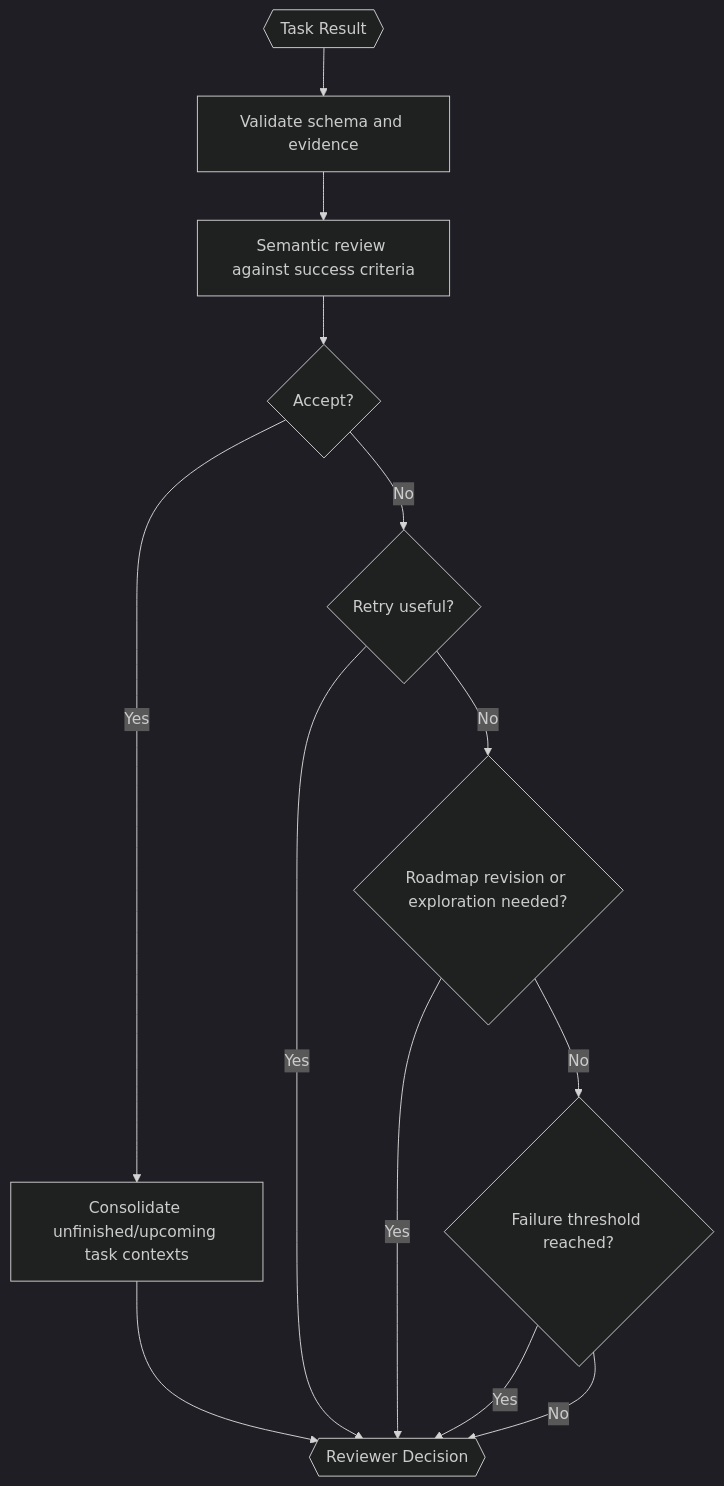
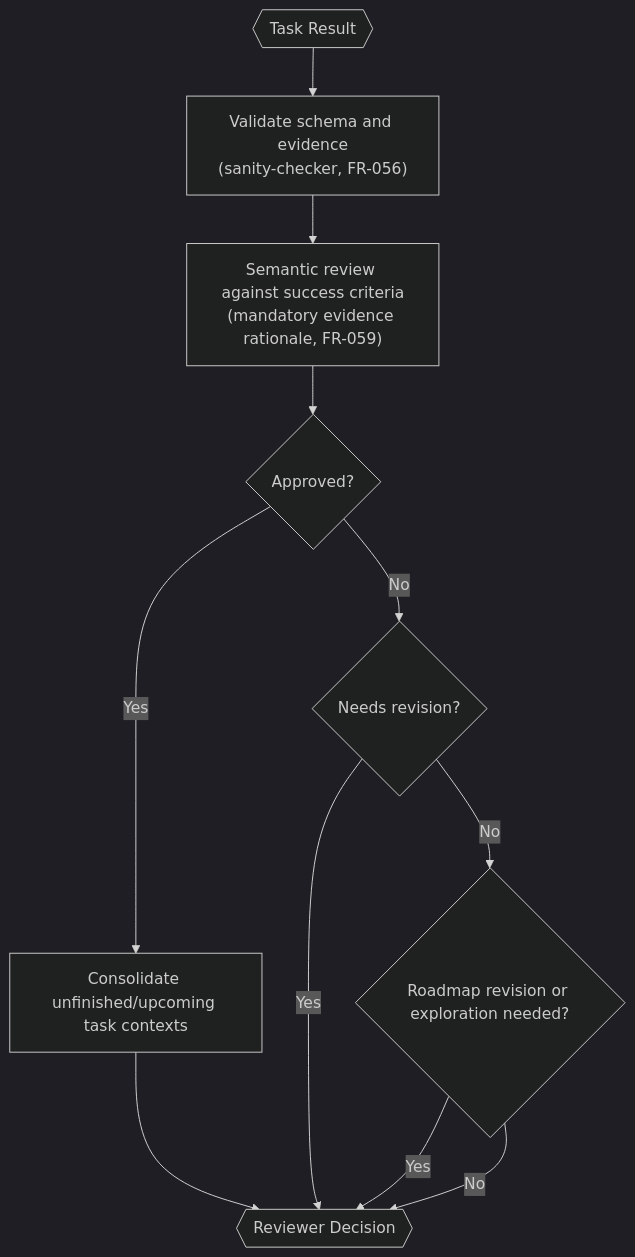
Before and after one commit to VJyzCELERY/TINYCUA: the diagram in src/tinycua/docs/architecture/result-reviewer.md, drawn with Mermaid (dark theme). The commit also changed other lines of this file and 19 other files, not shown here.

````diff
--- a/src/tinycua/docs/architecture/result-reviewer.md
+++ b/src/tinycua/docs/architecture/result-reviewer.md
@@ -54,25 +55,22 @@
 ```mermaid
 flowchart TD
     INPUT{{"Task Result"}}
-    CHECK["Validate schema and evidence"]
-    REVIEW["Semantic review against success criteria"]
-    ACCEPT{"Accept?"}
+    CHECK["Validate schema and evidence\n(sanity-checker, FR-056)"]
+    REVIEW["Semantic review against success criteria\n(mandatory evidence rationale, FR-059)"]
+    APPROVED{"Approved?"}
     PROP["Consolidate unfinished/upcoming task contexts"]
-    RETRY{"Retry useful?"}
+    REVISE{"Needs revision?"}
     REPLAN{"Roadmap revision or exploration needed?"}
-    FAILS{"Failure threshold reached?"}
     OUT{{"Reviewer Decision"}}
 
     INPUT --> CHECK
     CHECK --> REVIEW
-    REVIEW --> ACCEPT
-    ACCEPT -->|Yes| PROP
+    REVIEW --> APPROVED
+    APPROVED -->|Yes| PROP
     PROP --> OUT
-    ACCEPT -->|No| RETRY
-    RETRY -->|Yes| OUT
-    RETRY -->|No| REPLAN
+    APPROVED -->|No| REVISE
+    REVISE -->|Yes| OUT
+    REVISE -->|No| REPLAN
     REPLAN -->|Yes| OUT
-    REPLAN -->|No| FAILS
-    FAILS -->|Yes| OUT
-    FAILS -->|No| OUT
+    REPLAN -->|No| OUT
 ```
````
